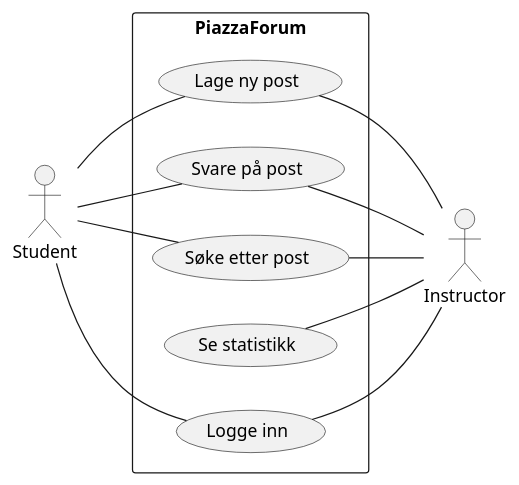
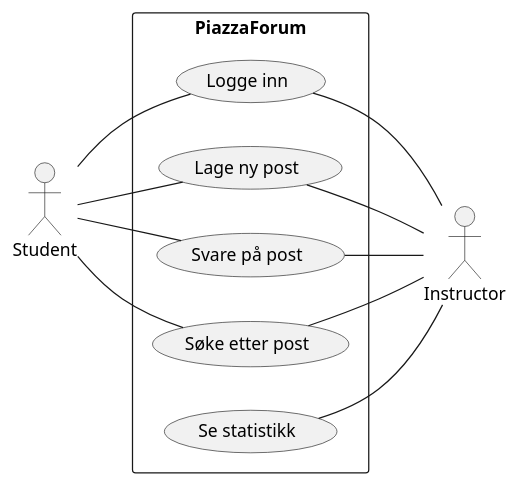
Before and after one commit to kavusiks/ForumDatabase: the diagram in Piazza/src/Documentations/UseCase.puml, drawn with PlantUML. The commit also changed 15 other files, not shown here.

```diff
--- a/Piazza/src/Documentations/UseCase.puml
+++ b/Piazza/src/Documentations/UseCase.puml
@@ -1,23 +1,23 @@
 @startuml
 left to right direction
 actor Student
 actor Instructor
 rectangle PiazzaForum {
 (Logge inn) as (uc1)
 (Lage ny post) as (uc2)
 (Svare på post) as (uc3)
 (Søke etter post) as (uc4)
 (Se statistikk) as (uc5)
 
   Student -- (uc1)
-  Student - (uc2)
-  Student - (uc3)
-  Student - (uc4)
+  Student -- (uc2)
+  Student -- (uc3)
+  Student -- (uc4)
   (uc1) -- Instructor
-  (uc2) - Instructor
-  (uc3) - Instructor
-  (uc4) - Instructor
-  (uc5) - Instructor
+  (uc2) -- Instructor
+  (uc3) -- Instructor
+  (uc4) -- Instructor
+  (uc5) -- Instructor
 }
 
 @enduml
```
